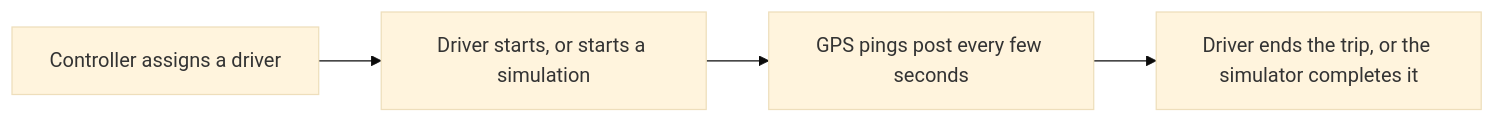
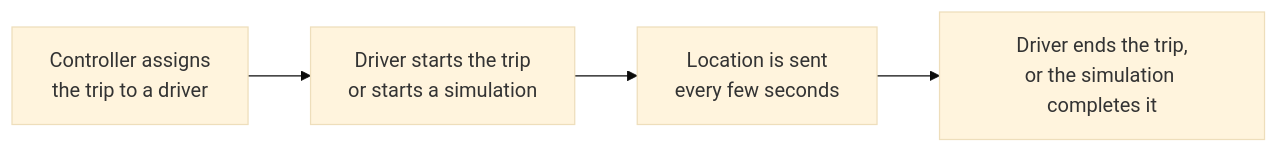
The second of 11 diagrams in docs/deliverable-2-presentation-content.md (hiteshpachpor/awr-vehicle-logistics), drawn with Mermaid (base theme) before and after one commit. The commit also changed other lines of this file and 2 other files, not shown here.

````diff
--- a/docs/deliverable-2-presentation-content.md
+++ b/docs/deliverable-2-presentation-content.md
@@ -103,6 +75,6 @@
 ```mermaid
 flowchart LR
-  A[Controller assigns a driver] --> B[Driver starts, or starts a simulation]
-  B --> C[GPS pings post every few seconds]
-  C --> D[Driver ends the trip, or the simulator completes it]
+  A["Controller assigns<br/>the trip to a driver"] --> B["Driver starts the trip<br/>or starts a simulation"]
+  B --> C["Location is sent<br/>every few seconds"]
+  C --> D["Driver ends the trip,<br/>or the simulation completes it"]
 ```
````
